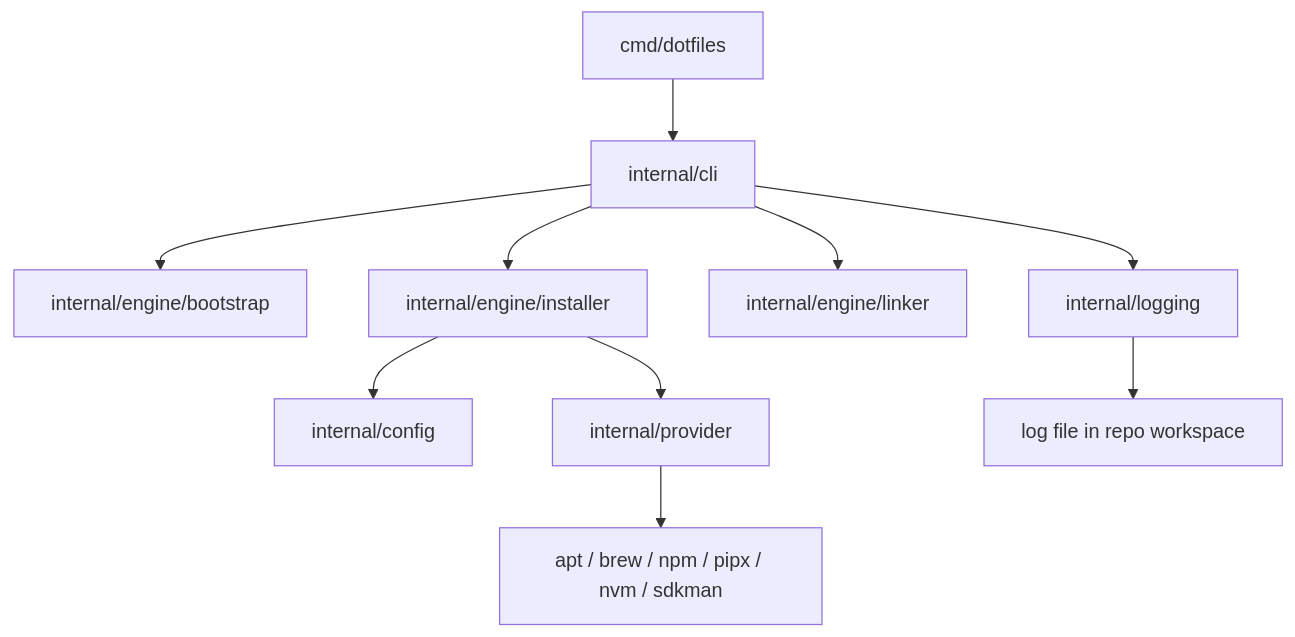
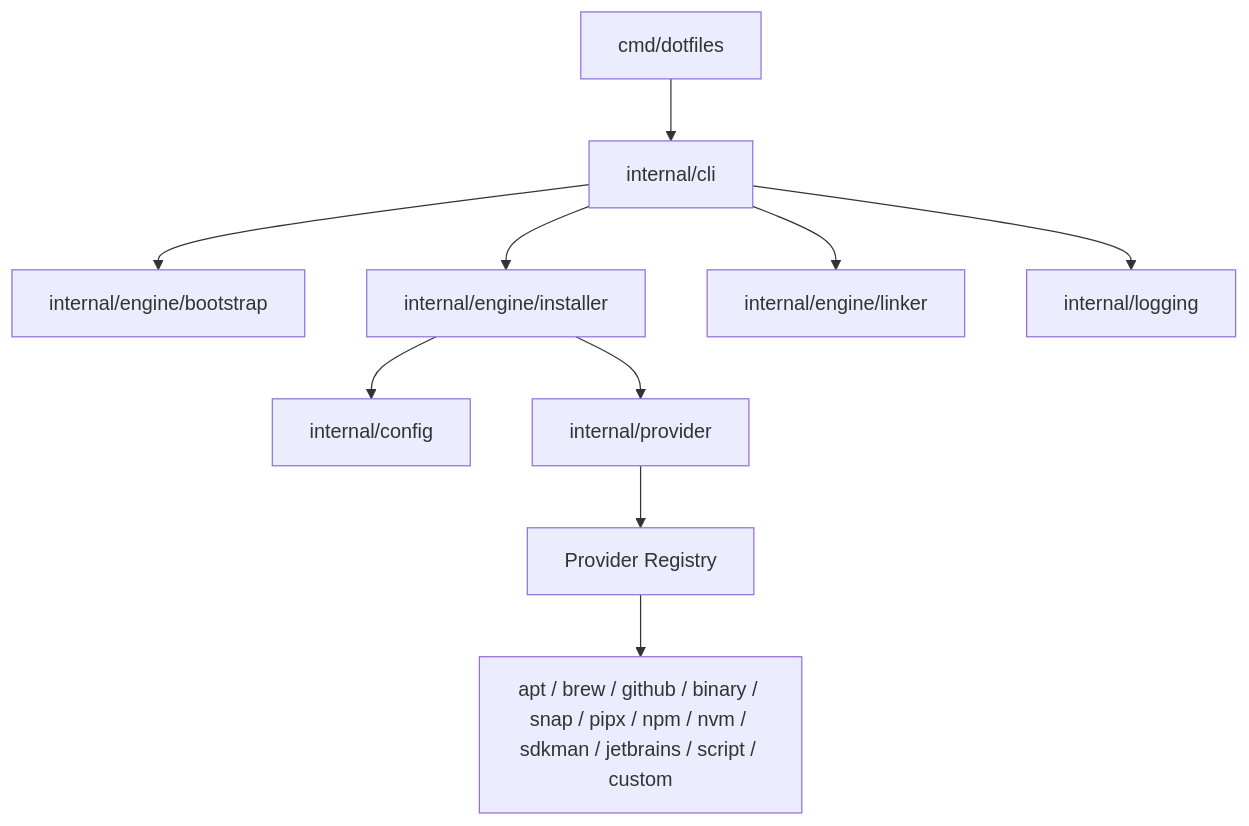
Before and after one commit to yveskaufmann/dotfiles-cli: the first of 2 diagrams in architecture.md, drawn with Mermaid. The commit also changed other lines of this file and 30 other files, not shown here.

````diff
--- a/architecture.md
+++ b/architecture.md
@@ -22,12 +23,12 @@
 ```mermaid
 graph TD
     A[cmd/dotfiles] --> B[internal/cli]
     B --> C[internal/engine/bootstrap]
     B --> D[internal/engine/installer]
     B --> E[internal/engine/linker]
     D --> F[internal/config]
     D --> G[internal/provider]
-    G --> H[apt / brew / npm / pipx / nvm / sdkman]
-    B --> I[internal/logging]
-    I --> J[log file in repo workspace]
+    G --> H[Provider Registry]
+    H --> I[apt / brew / github / binary / snap / pipx / npm / nvm / sdkman / jetbrains / script / custom]
+    B --> J[internal/logging]
 ```
````
